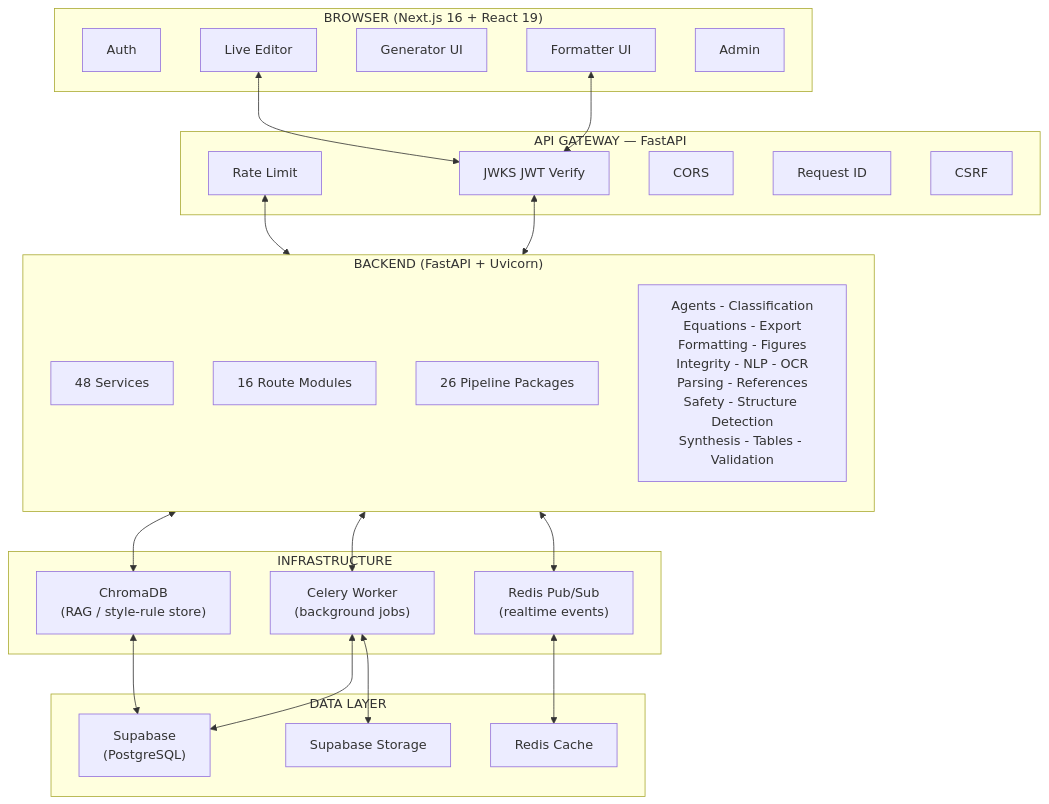
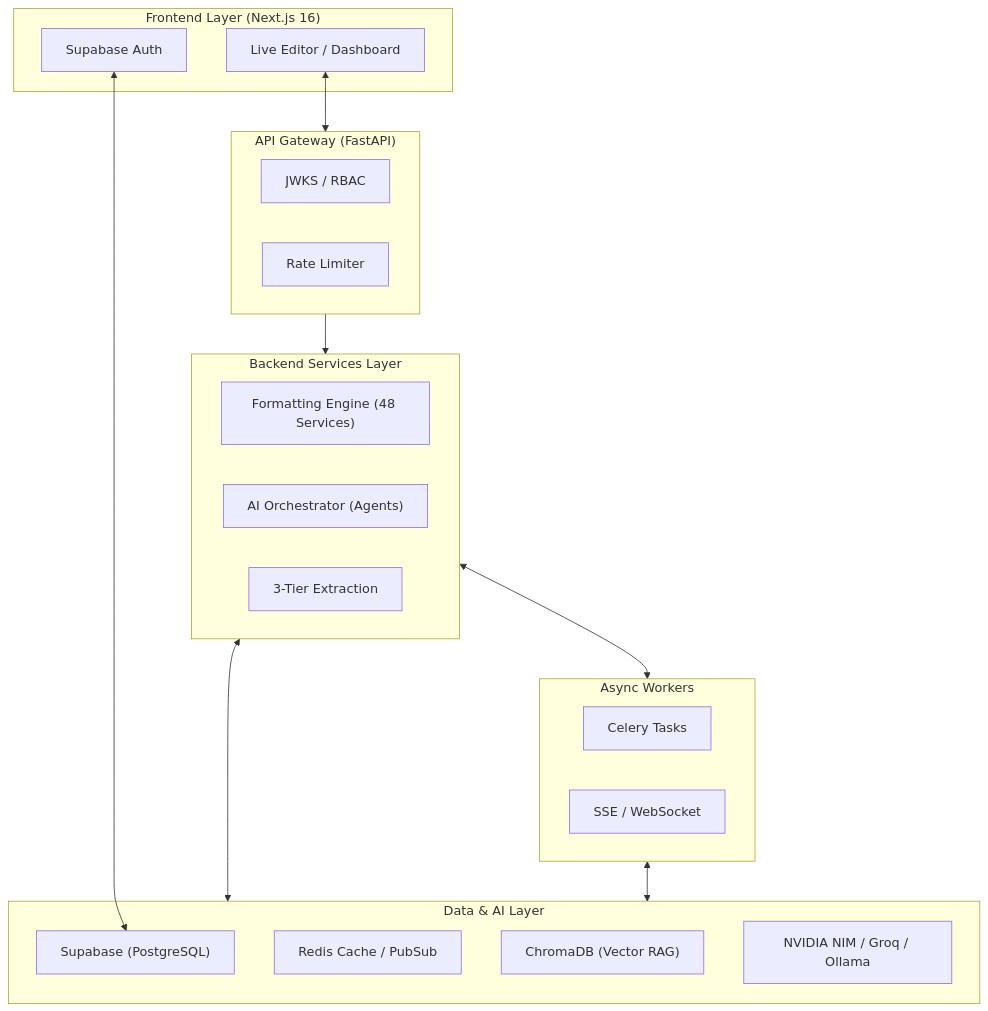
Before and after one commit to rohitkumarnaidu/ScholarFormAI: the diagram in README.md, drawn with Mermaid. The commit also changed other lines of this file and 127 other files, not shown here.

````diff
--- a/README.md
+++ b/README.md
@@ -70,50 +61,38 @@
 ```mermaid
 flowchart TB
-    subgraph BROWSER["BROWSER (Next.js 16 + React 19)"]
-        A1["Auth"]
-        A2["Formatter UI"]
-        A3["Generator UI"]
-        A4["Live Editor"]
-        A5["Admin"]
+    subgraph BROWSER["Frontend Layer (Next.js 16)"]
+        UI["Live Editor / Dashboard"]
+        AuthUI["Supabase Auth"]
     end
 
-    subgraph GATEWAY["API GATEWAY — FastAPI"]
-        G1["JWKS JWT Verify"]
-        G2["Rate Limit"]
-        G3["CORS"]
-        G4["Request ID"]
-        G5["CSRF"]
+    subgraph GATEWAY["API Gateway (FastAPI)"]
+        G_Auth["JWKS / RBAC"]
+        G_RL["Rate Limiter"]
     end
 
-    subgraph BACKEND["BACKEND (FastAPI + Uvicorn)"]
-        direction TB
-        B1["48 Services"]
-        B2["16 Route Modules"]
-        B3["26 Pipeline Packages"]
-        B4["Agents - Classification<br/>Equations - Export<br/>Formatting - Figures<br/>Integrity - NLP - OCR<br/>Parsing - References<br/>Safety - Structure Detection<br/>Synthesis - Tables - Validation"]
+    subgraph BACKEND["Backend Services Layer"]
+        direction LR
+        S_Format["Formatting Engine (48 Services)"]
+        S_Agent["AI Orchestrator (Agents)"]
+        S_Extract["3-Tier Extraction"]
     end
 
-    subgraph INFRA["INFRASTRUCTURE"]
-        I1["Celery Worker<br/>(background jobs)"]
-        I2["Redis Pub/Sub<br/>(realtime events)"]
-        I3["ChromaDB<br/>(RAG / style-rule store)"]
+    subgraph WORKERS["Async Workers"]
+        C_Worker["Celery Tasks"]
+        C_Stream["SSE / WebSocket"]
     end
 
-    subgraph DATA["DATA LAYER"]
-        D1["Supabase<br/>(PostgreSQL)"]
-        D2["Supabase Storage"]
-        D3["Redis Cache"]
+    subgraph DATA["Data & AI Layer"]
+        DB["Supabase (PostgreSQL)"]
+        R_Cache["Redis Cache / PubSub"]
+        V_Store["ChromaDB (Vector RAG)"]
+        LLM["NVIDIA NIM / Groq / Ollama"]
     end
 
-    A2 <--> G1
-    A4 <--> G1
-    G1 <--> B1
-    G2 <--> B2
-    B1 <--> I1
-    B1 <--> I2
-    B1 <--> I3
-    I1 <--> D1
-    I1 <--> D2
-    I2 <--> D3
-    I3 <--> D1
+    UI <--> GATEWAY
+    AuthUI <--> DB
+    GATEWAY --> BACKEND
+    BACKEND <--> WORKERS
+    BACKEND <--> DATA
+    WORKERS <--> DATA
 ```
````
